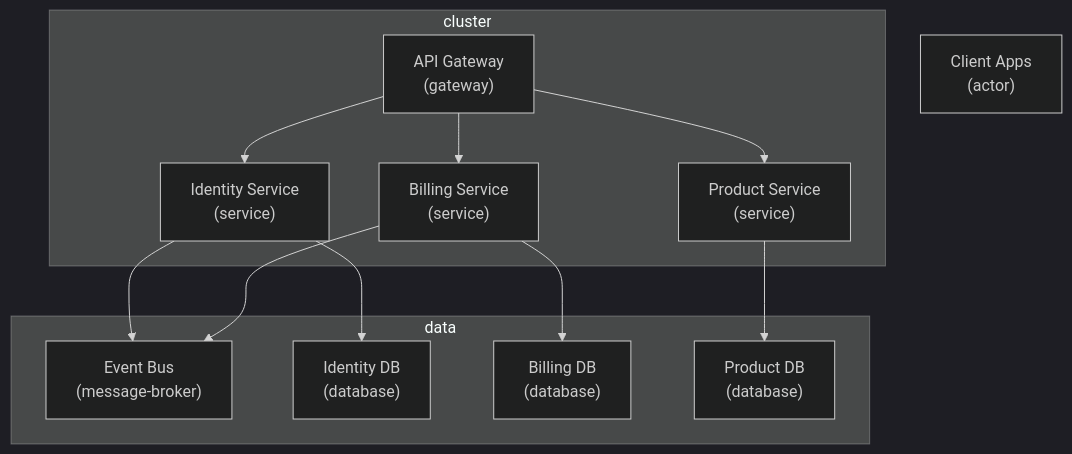
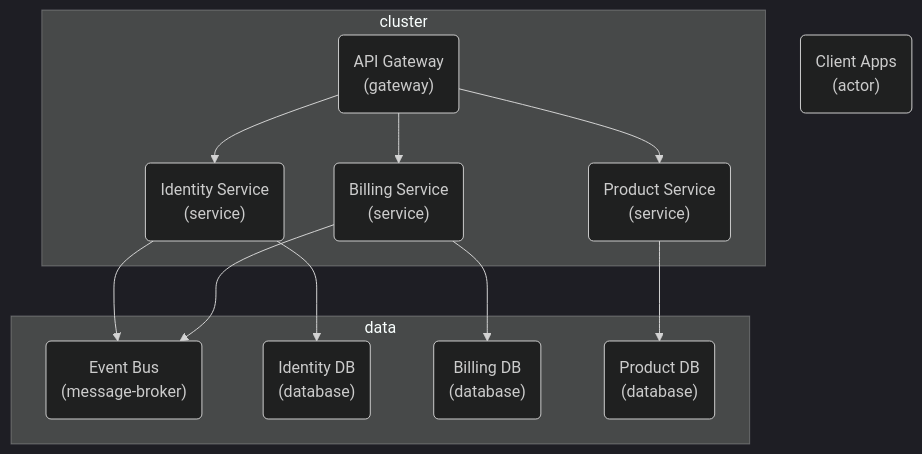
One commit to casualuser/casualuser.github.io changed the diagram in _site/docs/blueprints/business-microservices.mmd. Above: the diagram before and after it, drawn with Mermaid (dark theme). The commit also changed 17 other files, not shown here.

Commit message:
refactor: update Mermaid diagram node syntax from square brackets to parentheses.

```diff
--- a/_site/docs/blueprints/business-microservices.mmd
+++ b/_site/docs/blueprints/business-microservices.mmd
@@ -1,31 +1,31 @@
 %% Autogenerated business-microservices
 graph TD
-  user["Client Apps<br/>(actor)"]
-  gateway["API Gateway<br/>(gateway)"]
-  svc_a["Identity Service<br/>(service)"]
-  svc_b["Billing Service<br/>(service)"]
-  svc_c["Product Service<br/>(service)"]
-  bus["Event Bus<br/>(message-broker)"]
-  db_a["Identity DB<br/>(database)"]
-  db_b["Billing DB<br/>(database)"]
-  db_c["Product DB<br/>(database)"]
+  user("Client Apps<br/>(actor)")
+  gateway("API Gateway<br/>(gateway)")
+  svc_a("Identity Service<br/>(service)")
+  svc_b("Billing Service<br/>(service)")
+  svc_c("Product Service<br/>(service)")
+  bus("Event Bus<br/>(message-broker)")
+  db_a("Identity DB<br/>(database)")
+  db_b("Billing DB<br/>(database)")
+  db_c("Product DB<br/>(database)")
   gateway --> svc_a
   gateway --> svc_b
   gateway --> svc_c
   svc_a --> db_a
   svc_a --> bus
   svc_b --> db_b
   svc_b --> bus
   svc_c --> db_c
   subgraph cluster
     gateway
     svc_a
     svc_b
     svc_c
   end
   subgraph data
     db_a
     db_b
     db_c
     bus
   end
```
